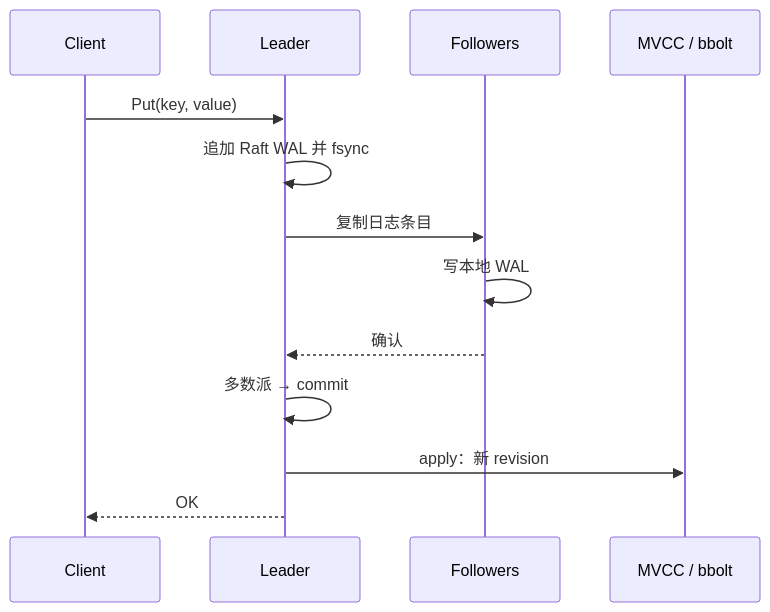
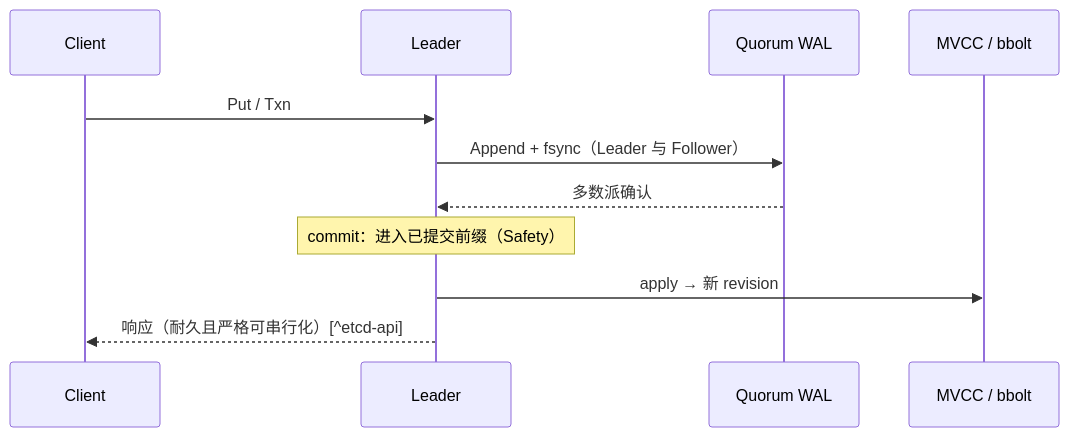
Before and after one commit to xiaxinyu/knowledge_base: the fifth of 6 diagrams in 20-architecture/29a-data-store-wal-mvcc-treatise.md, drawn with Mermaid. The commit also changed other lines of this file and 1 other file, not shown here.

Commit message:
Revise Data Store WAL and MVCC treatise to clarify the concept of storage contracts and consensus logs. Update terminology and structure for better understanding of durability, concurrency, and cluster contracts. Enhance coherence with existing treatises and improve overall readability.

````diff
--- a/20-architecture/29a-data-store-wal-mvcc-treatise.md
+++ b/20-architecture/29a-data-store-wal-mvcc-treatise.md
@@ -314,16 +420,14 @@
 ```mermaid
 sequenceDiagram
   participant C as Client
   participant L as Leader
-  participant F as Followers
-  participant M as MVCC / bbolt
+  participant Q as Quorum WAL
+  participant S as MVCC / bbolt
 
-  C->>L: Put(key, value)
-  L->>L: 追加 Raft WAL 并 fsync
-  L->>F: 复制日志条目
-  F->>F: 写本地 WAL
-  F-->>L: 确认
-  L->>L: 多数派 → commit
-  L->>M: apply：新 revision
-  L-->>C: OK
+  C->>L: Put / Txn
+  L->>Q: Append + fsync（Leader 与 Follower）
+  Q-->>L: 多数派确认
+  Note over L: commit：进入已提交前缀（Safety）
+  L->>S: apply → 新 revision
+  L-->>C: 响应（耐久且严格可串行化）[^etcd-api]
 ```
````
